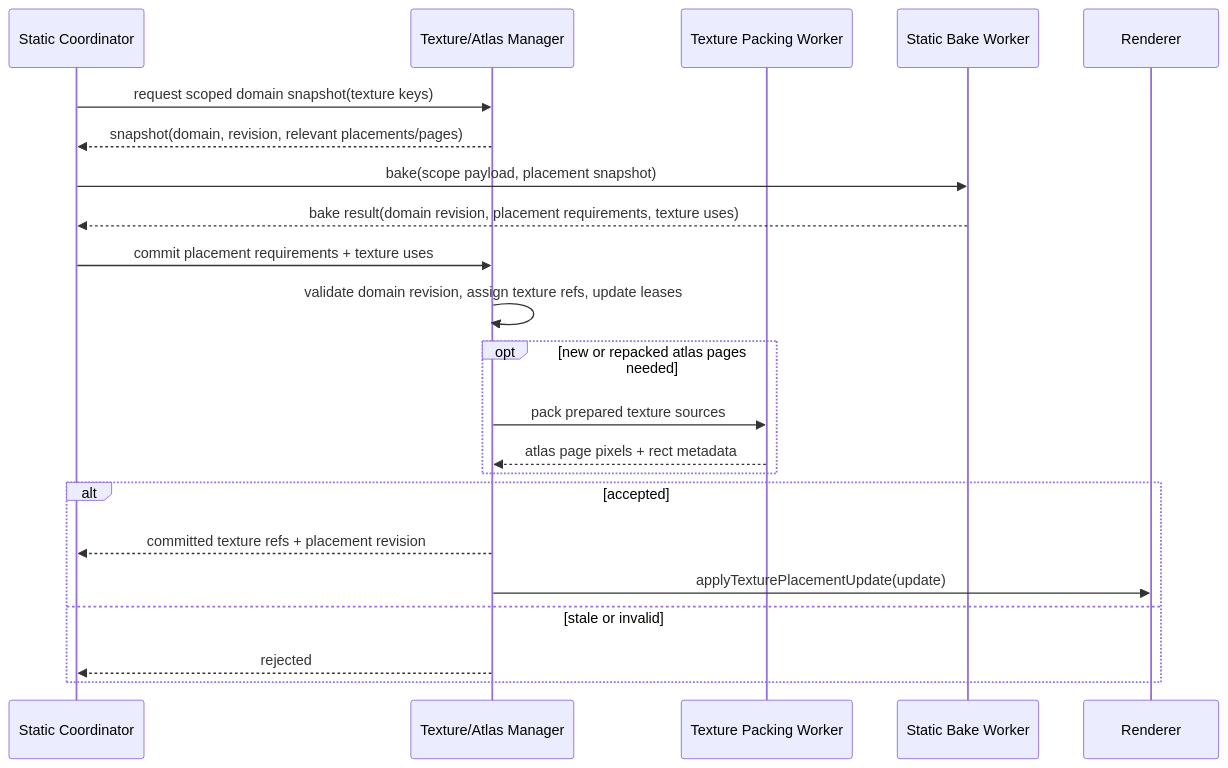
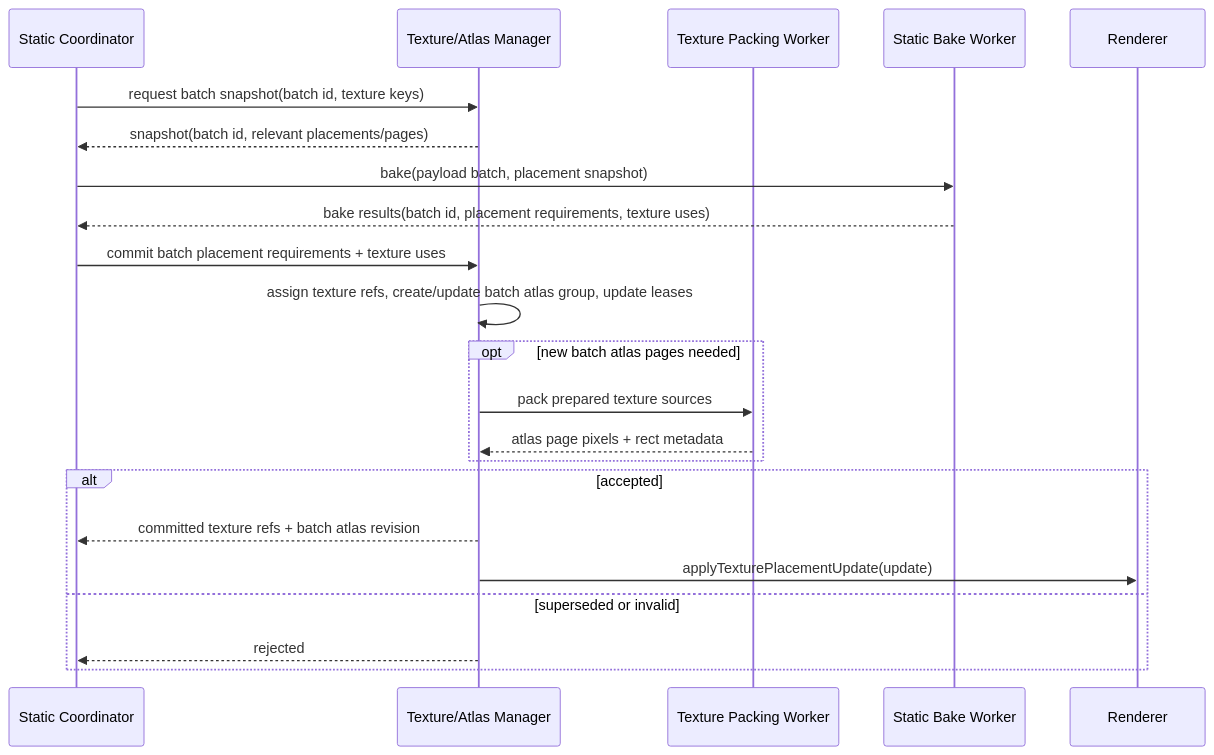
Before and after one commit to merklejerk/holtburger: diagram 16 of 22 in docs/plans/holtburger-3d-frontend-v2-design.md, drawn with Mermaid. The commit also changed other lines of this file and 7 other files, not shown here.

````diff
--- a/docs/plans/holtburger-3d-frontend-v2-design.md
+++ b/docs/plans/holtburger-3d-frontend-v2-design.md
@@ -1015,25 +1019,25 @@
 ```mermaid
 sequenceDiagram
   participant Static as Static Coordinator
   participant Atlas as Texture/Atlas Manager
   participant Packer as Texture Packing Worker
   participant Baker as Static Bake Worker
   participant Renderer as Renderer
 
-  Static->>Atlas: request scoped domain snapshot(texture keys)
-  Atlas-->>Static: snapshot(domain, revision, relevant placements/pages)
-  Static->>Baker: bake(scope payload, placement snapshot)
-  Baker-->>Static: bake result(domain revision, placement requirements, texture uses)
-  Static->>Atlas: commit placement requirements + texture uses
-  Atlas->>Atlas: validate domain revision, assign texture refs, update leases
-  opt new or repacked atlas pages needed
+  Static->>Atlas: request batch snapshot(batch id, texture keys)
+  Atlas-->>Static: snapshot(batch id, relevant placements/pages)
+  Static->>Baker: bake(payload batch, placement snapshot)
+  Baker-->>Static: bake results(batch id, placement requirements, texture uses)
+  Static->>Atlas: commit batch placement requirements + texture uses
+  Atlas->>Atlas: assign texture refs, create/update batch atlas group, update leases
+  opt new batch atlas pages needed
     Atlas->>Packer: pack prepared texture sources
     Packer-->>Atlas: atlas page pixels + rect metadata
   end
   alt accepted
-    Atlas-->>Static: committed texture refs + placement revision
+    Atlas-->>Static: committed texture refs + batch atlas revision
     Atlas->>Renderer: applyTexturePlacementUpdate(update)
-  else stale or invalid
+  else superseded or invalid
     Atlas-->>Static: rejected
   end
 ```
````
